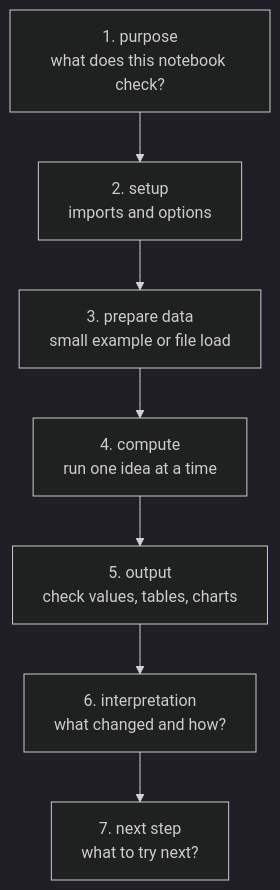
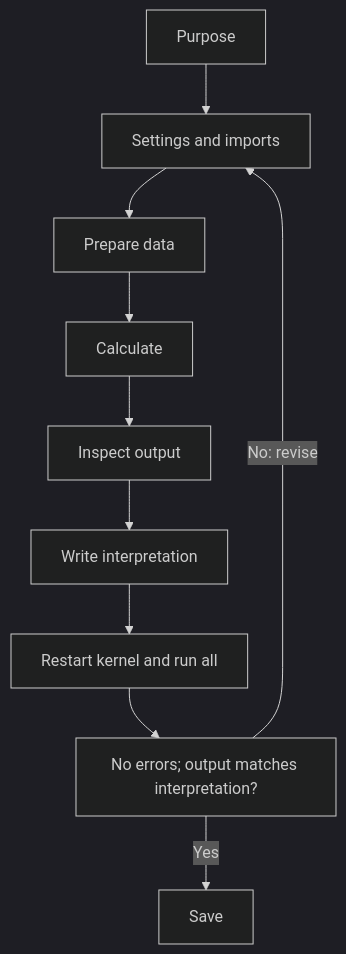
The diagram in docs/assets/part-02/chapter-10/notebook-rerun-flow-en.mmd (devchan64/AiBook), drawn with Mermaid (dark theme) before and after one commit. The commit also changed 28 other files, not shown here.

Commit message:
docs: reinforce P2-10 notebooks and require Mermaid for suitable diagrams

```diff
--- a/docs/assets/part-02/chapter-10/notebook-rerun-flow-en.mmd
+++ b/docs/assets/part-02/chapter-10/notebook-rerun-flow-en.mmd
@@ -1,10 +1,13 @@
 flowchart TB
-  A["1. purpose<br/>what does this notebook check?"]
-  B["2. setup<br/>imports and options"]
-  C["3. prepare data<br/>small example or file load"]
-  D["4. compute<br/>run one idea at a time"]
-  E["5. output<br/>check values, tables, charts"]
-  F["6. interpretation<br/>what changed and how?"]
-  G["7. next step<br/>what to try next?"]
-
-  A --> B --> C --> D --> E --> F --> G
+  A["Purpose"]
+  B["Settings and imports"]
+  C["Prepare data"]
+  D["Calculate"]
+  E["Inspect output"]
+  F["Write interpretation"]
+  G["Restart kernel and run all"]
+  H["No errors; output matches interpretation?"]
+  I["Save"]
+  A --> B --> C --> D --> E --> F --> G --> H
+  H -->|Yes| I
+  H -->|No: revise| B
```
